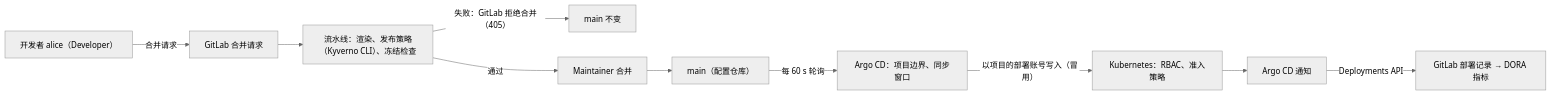
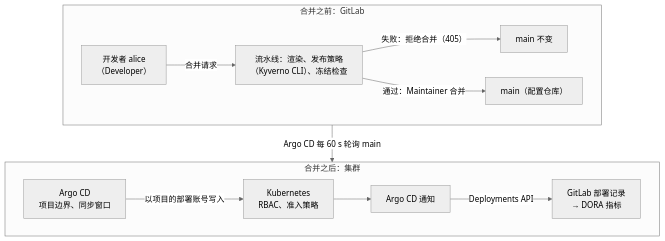
Before and after one commit to miku-wwl/devops-delivery: the first of 3 diagrams in v2/manual/chapters/09-e8-release.md, drawn with Mermaid (neutral theme). The commit also changed other lines of this file and 30 other files, not shown here.

````diff
--- a/v2/manual/chapters/09-e8-release.md
+++ b/v2/manual/chapters/09-e8-release.md
@@ -63,12 +64,16 @@
 ```{.mermaid caption="本章的发布路径：每个改动都是一个合并请求，每道关卡都留下记录"}
-flowchart LR
-  dev["开发者 alice（Developer）"] -->|"合并请求"| mr["GitLab 合并请求"]
-  mr --> ci["流水线：渲染、发布策略（Kyverno CLI）、冻结检查"]
-  ci -->|"失败：GitLab 拒绝合并（405）"| keep["main 不变"]
-  ci -->|"通过"| mnt["Maintainer 合并"]
-  mnt --> main["main（配置仓库）"]
-  main -->|"每 60 s 轮询"| argo["Argo CD：项目边界、同步窗口"]
-  argo -->|"以项目的部署账号写入（冒用）"| k8s["Kubernetes：RBAC、准入策略"]
-  k8s --> notif["Argo CD 通知"]
-  notif -->|"Deployments API"| dep["GitLab 部署记录 → DORA 指标"]
+flowchart TB
+  subgraph G["合并之前：GitLab"]
+    direction LR
+    dev["开发者 alice<br/>（Developer）"] -->|"合并请求"| ci["流水线：渲染、发布策略<br/>（Kyverno CLI）、冻结检查"]
+    ci -->|"失败：拒绝合并（405）"| keep["main 不变"]
+    ci -->|"通过：Maintainer 合并"| main["main（配置仓库）"]
+  end
+  subgraph C["合并之后：集群"]
+    direction LR
+    argo["Argo CD<br/>项目边界、同步窗口"] -->|"以项目的部署账号写入"| k8s["Kubernetes<br/>RBAC、准入策略"]
+    k8s --> notif["Argo CD 通知"]
+    notif -->|"Deployments API"| dep["GitLab 部署记录<br/>→ DORA 指标"]
+  end
+  G -->|"Argo CD 每 60 s 轮询 main"| C
 ```
````
